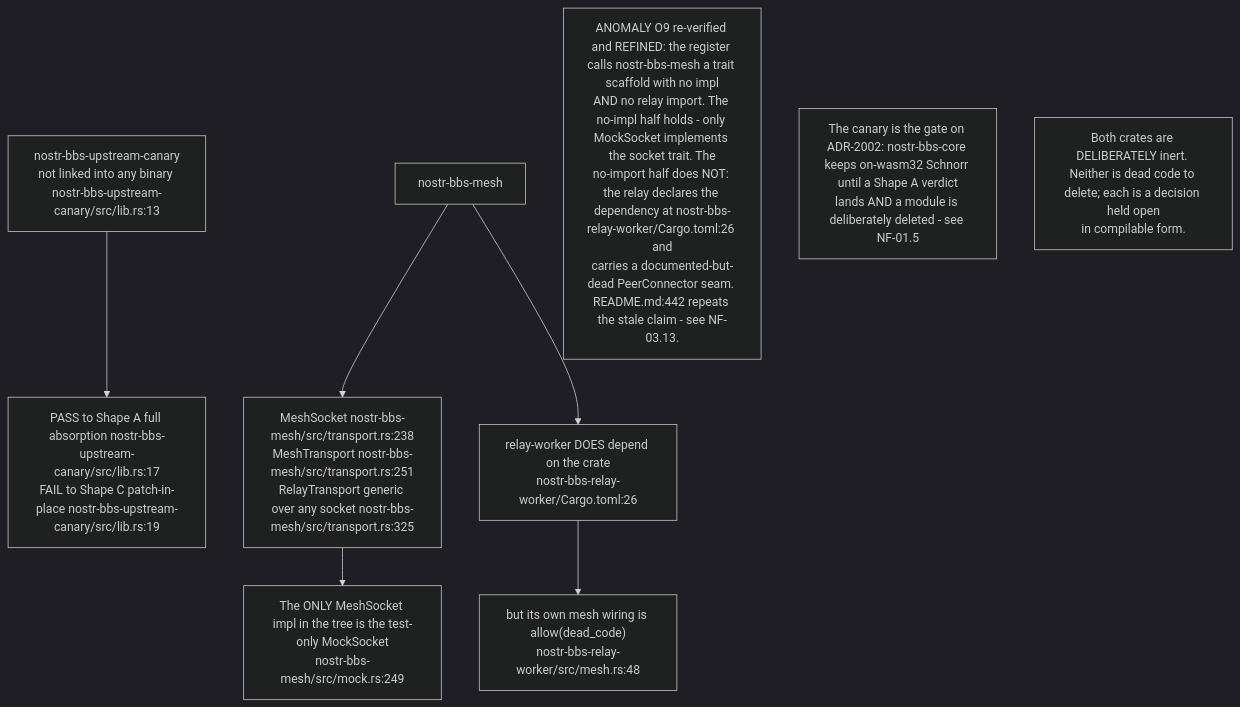
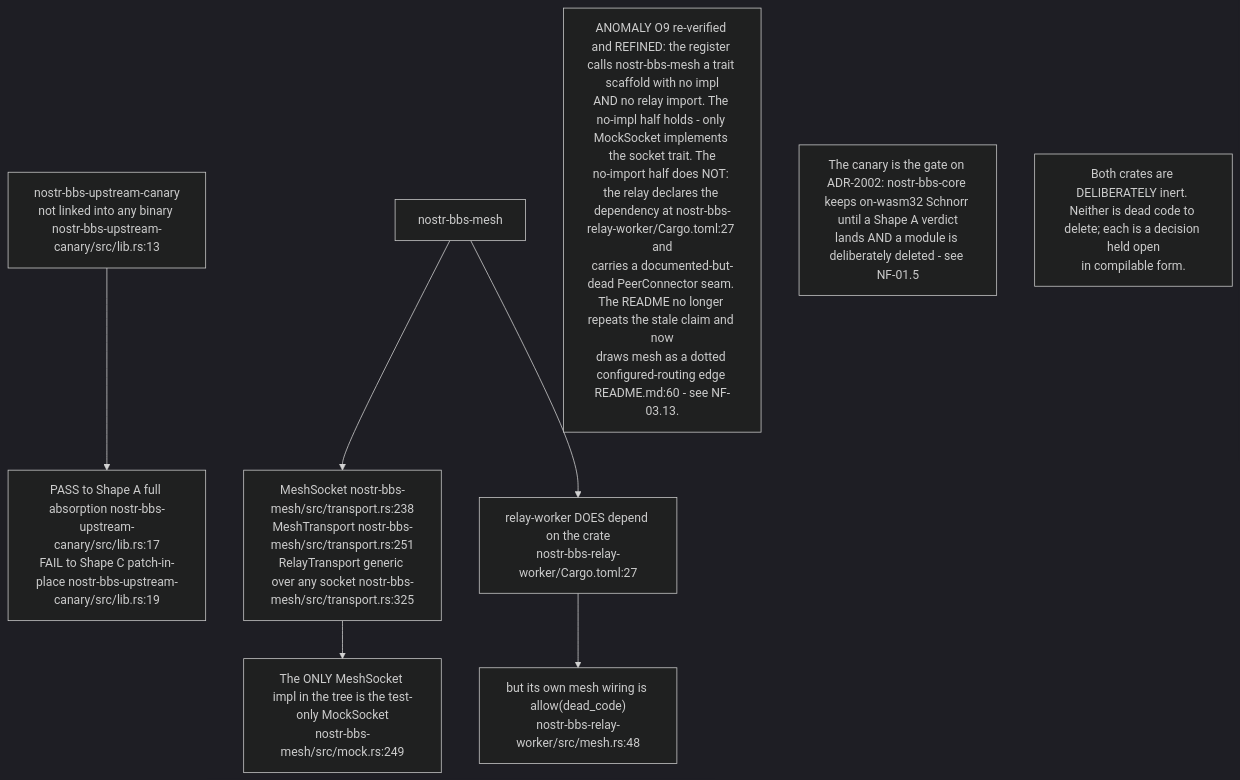
The eighth of 9 diagrams in docs/diagrams/nostr-rust-forum/09-ci-deploy-canary-and-validation.md (DreamLab-AI/VisionFlow), drawn with Mermaid (dark theme) before and after one commit. The commit also changed other lines of this file and 160 other files, not shown here.

````diff
--- a/docs/diagrams/nostr-rust-forum/09-ci-deploy-canary-and-validation.md
+++ b/docs/diagrams/nostr-rust-forum/09-ci-deploy-canary-and-validation.md
@@ -197,18 +214,18 @@
 ```mermaid
 flowchart TB
     CAN["nostr-bbs-upstream-canary<br/>not linked into any binary nostr-bbs-upstream-canary/src/lib.rs:13"]
     SHAPE["PASS to Shape A full absorption nostr-bbs-upstream-canary/src/lib.rs:17<br/>FAIL to Shape C patch-in-place nostr-bbs-upstream-canary/src/lib.rs:19"]
     MESH["nostr-bbs-mesh"]
     TRAITS["MeshSocket nostr-bbs-mesh/src/transport.rs:238<br/>MeshTransport nostr-bbs-mesh/src/transport.rs:251<br/>RelayTransport generic over any socket nostr-bbs-mesh/src/transport.rs:325"]
     ONLYIMPL["The ONLY MeshSocket impl in the tree is the test-only MockSocket<br/>nostr-bbs-mesh/src/mock.rs:249"]
-    DEP["relay-worker DOES depend on the crate<br/>nostr-bbs-relay-worker/Cargo.toml:26"]
+    DEP["relay-worker DOES depend on the crate<br/>nostr-bbs-relay-worker/Cargo.toml:27"]
     DEAD["but its own mesh wiring is allow(dead_code)<br/>nostr-bbs-relay-worker/src/mesh.rs:48"]
 
     CAN --> SHAPE
     MESH --> TRAITS --> ONLYIMPL
     MESH --> DEP --> DEAD
 
-    N1["ANOMALY O9 re-verified and REFINED: the register calls nostr-bbs-mesh a trait scaffold with no impl<br/>AND no relay import. The no-impl half holds - only MockSocket implements the socket trait. The<br/>no-import half does NOT: the relay declares the dependency at nostr-bbs-relay-worker/Cargo.toml:26 and<br/>carries a documented-but-dead PeerConnector seam. README.md:442 repeats the stale claim - see NF-03.13."]
+    N1["ANOMALY O9 re-verified and REFINED: the register calls nostr-bbs-mesh a trait scaffold with no impl<br/>AND no relay import. The no-impl half holds - only MockSocket implements the socket trait. The<br/>no-import half does NOT: the relay declares the dependency at nostr-bbs-relay-worker/Cargo.toml:27 and<br/>carries a documented-but-dead PeerConnector seam. The README no longer repeats the stale claim and now<br/>draws mesh as a dotted configured-routing edge README.md:60 - see NF-03.13."]
     N2["The canary is the gate on ADR-2002: nostr-bbs-core keeps on-wasm32 Schnorr until a Shape A verdict<br/>lands AND a module is deliberately deleted - see NF-01.5"]
     N3["Both crates are DELIBERATELY inert. Neither is dead code to delete; each is a decision held open<br/>in compilable form."]
 ```
````
